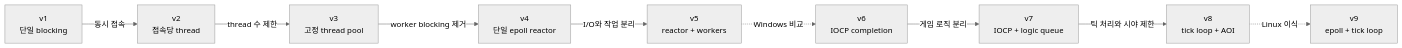
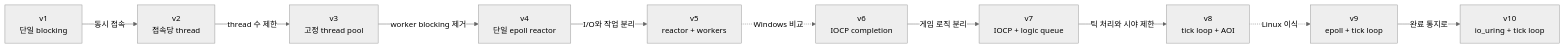
The diagram in README.md (1sanguk/CPP_Server), drawn with Mermaid (neutral theme) before and after one commit. The commit also changed other lines of this file and 32 other files, not shown here.

````diff
--- a/README.md
+++ b/README.md
@@ -21,11 +22,12 @@
 ```mermaid
 flowchart LR
     V1["v1<br/>단일 blocking"] -->|"동시 접속"| V2["v2<br/>접속당 thread"]
     V2 -->|"thread 수 제한"| V3["v3<br/>고정 thread pool"]
     V3 -->|"worker blocking 제거"| V4["v4<br/>단일 epoll reactor"]
     V4 -->|"I/O와 작업 분리"| V5["v5<br/>reactor + workers"]
     V5 -. "Windows 비교" .-> V6["v6<br/>IOCP completion"]
     V6 -->|"게임 로직 분리"| V7["v7<br/>IOCP + logic queue"]
     V7 -->|"틱 처리와 시야 제한"| V8["v8<br/>tick loop + AOI"]
     V8 -. "Linux 이식" .-> V9["v9<br/>epoll + tick loop"]
+    V9 -->|"완료 통지로"| V10["v10<br/>io_uring + tick loop"]
 ```
````
